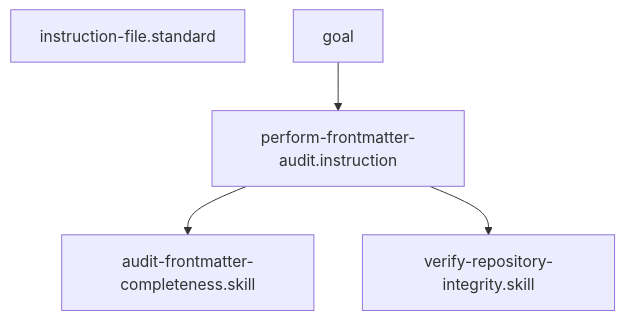
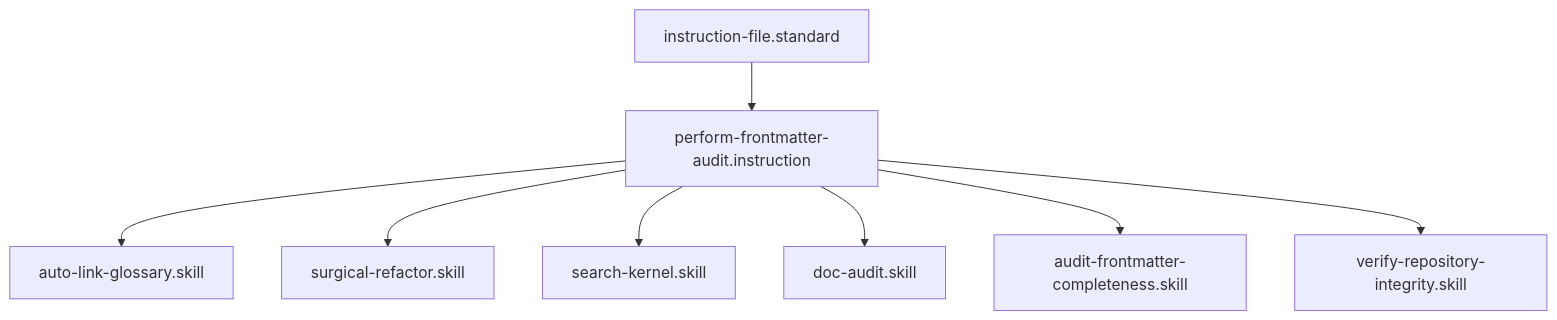
Before and after one commit to Gizmo4Life/ai-kernel: the diagram in instructions/perform-frontmatter-audit.instruction.md, drawn with Mermaid. The commit also changed 89 other files, not shown here.

````diff
--- a/instructions/perform-frontmatter-audit.instruction.md
+++ b/instructions/perform-frontmatter-audit.instruction.md
@@ -25,7 +25,10 @@
 ```mermaid
 graph TD
-    instruction-file.standard
-goal --> perform-frontmatter-audit.instruction
+    instruction-file.standard --> perform-frontmatter-audit.instruction
+    perform-frontmatter-audit.instruction --> auto-link-glossary[auto-link-glossary.skill]
+    perform-frontmatter-audit.instruction --> surgical-refactor[surgical-refactor.skill]
+    perform-frontmatter-audit.instruction --> search-kernel[search-kernel.skill]
+    perform-frontmatter-audit.instruction --> doc-audit[doc-audit.skill]
     perform-frontmatter-audit.instruction --> audit-frontmatter-completeness[audit-frontmatter-completeness.skill]
     perform-frontmatter-audit.instruction --> verify-repository-integrity[verify-repository-integrity.skill]
 ```
````
